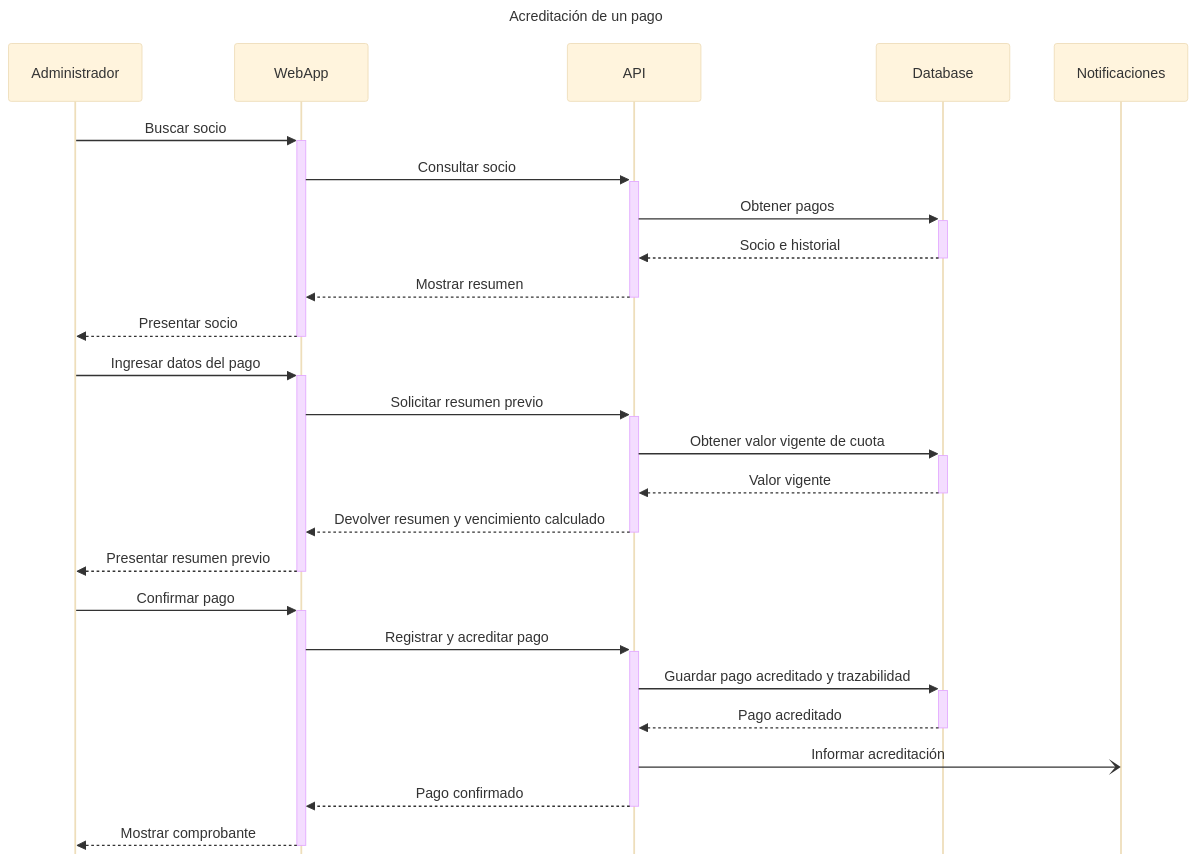
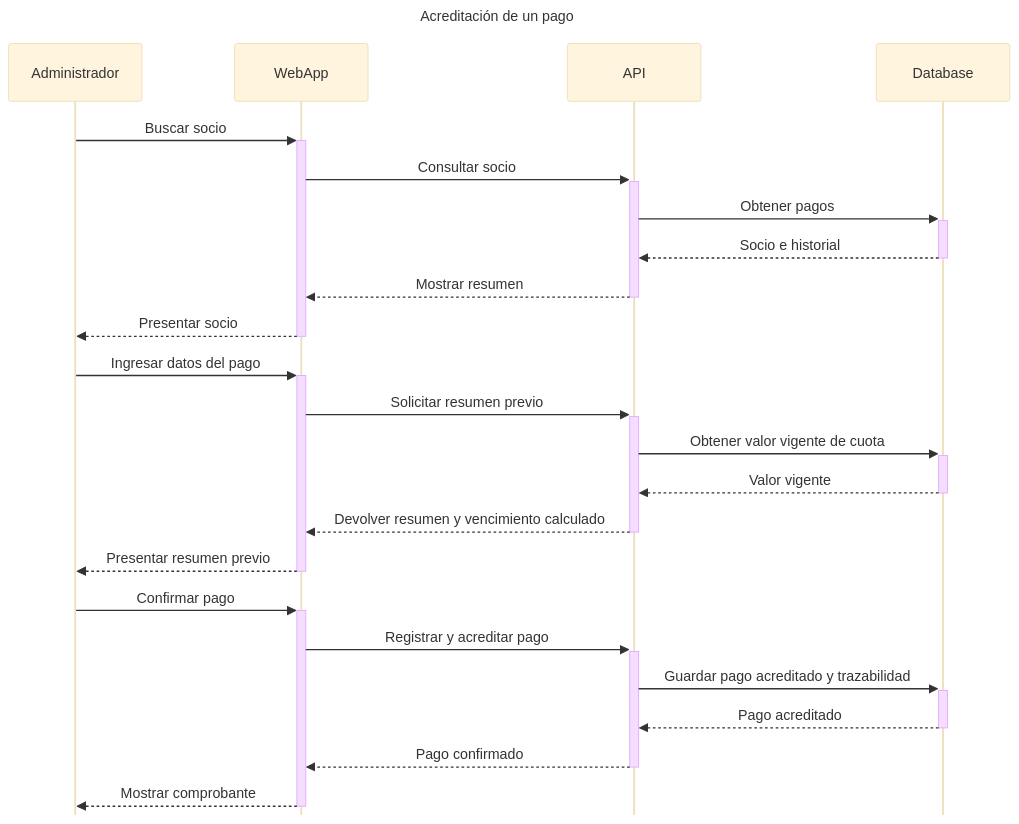
Before and after one commit to MTeamOrg/MTeamBackend: the second of 6 diagrams in docs/diagramas-de-secuencia.md, drawn with Mermaid (base theme). The commit also changed other lines of this file and 5 other files, not shown here.

````diff
--- a/docs/diagramas-de-secuencia.md
+++ b/docs/diagramas-de-secuencia.md
@@ -36,30 +36,28 @@
 ```mermaid
 %%{init: {"sequence": {"mirrorActors": false}}}%%
 sequenceDiagram
     title Acreditación de un pago
     participant Administrador
     participant WebApp
     participant API
     participant Database
-    participant Notificaciones
 
     Administrador->>+WebApp: Buscar socio
     WebApp->>+API: Consultar socio
     API->>+Database: Obtener pagos
     Database-->>-API: Socio e historial
     API-->>-WebApp: Mostrar resumen
     WebApp-->>-Administrador: Presentar socio
     Administrador->>+WebApp: Ingresar datos del pago
     WebApp->>+API: Solicitar resumen previo
     API->>+Database: Obtener valor vigente de cuota
     Database-->>-API: Valor vigente
     API-->>-WebApp: Devolver resumen y vencimiento calculado
     WebApp-->>-Administrador: Presentar resumen previo
     Administrador->>+WebApp: Confirmar pago
     WebApp->>+API: Registrar y acreditar pago
     API->>+Database: Guardar pago acreditado y trazabilidad
     Database-->>-API: Pago acreditado
-    API-)Notificaciones: Informar acreditación
     API-->>-WebApp: Pago confirmado
     WebApp-->>-Administrador: Mostrar comprobante
 ```
````
